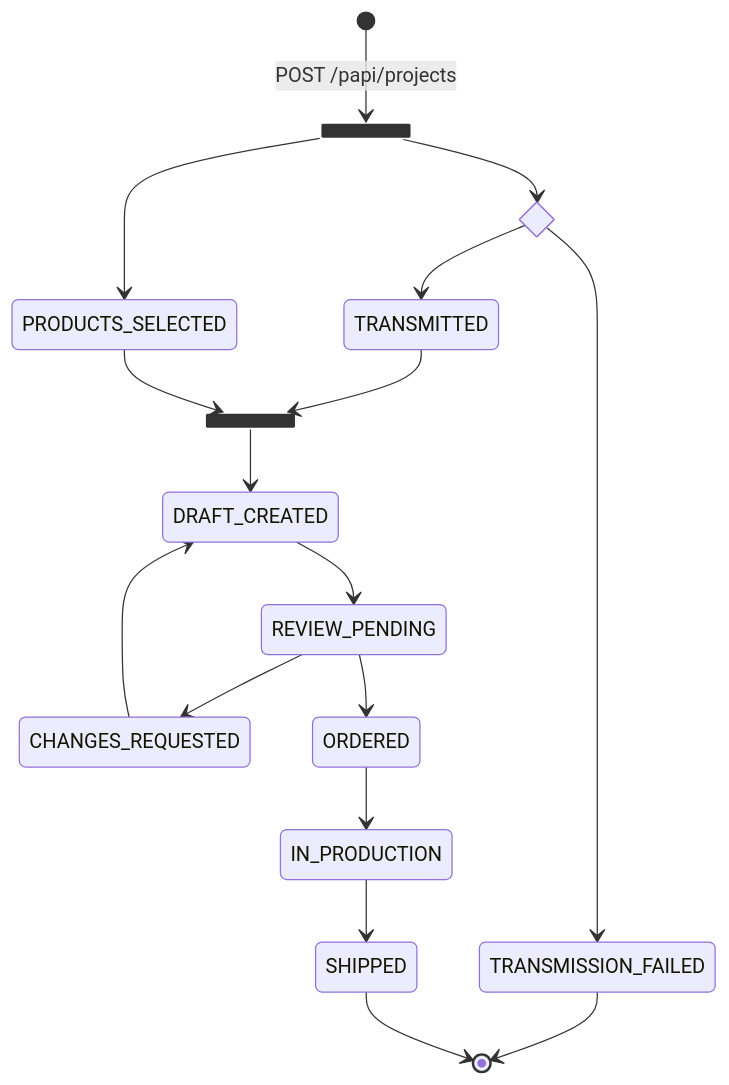
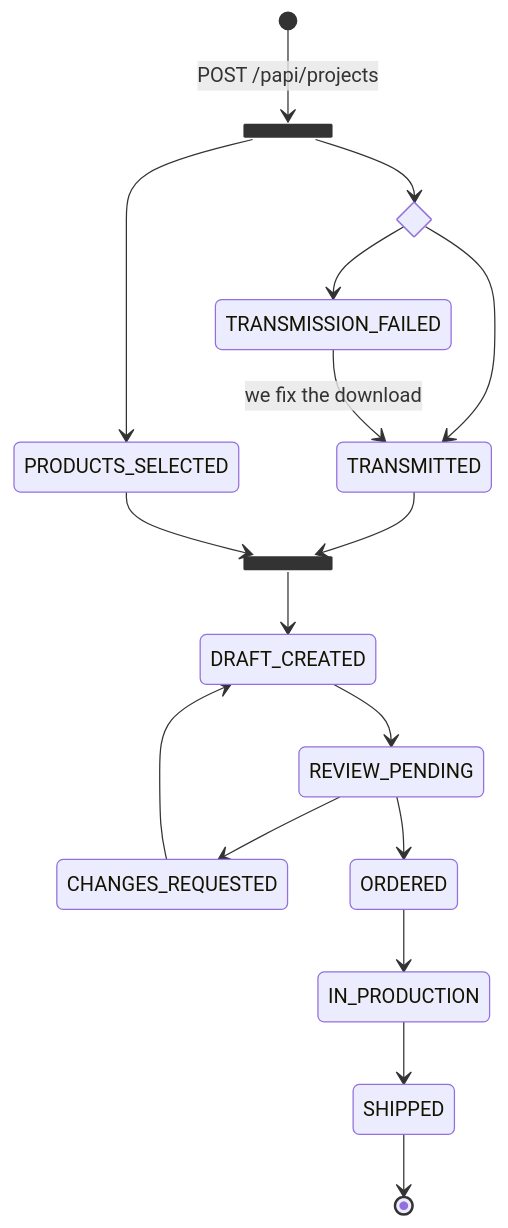
The diagram in docs/getting-started.md (yay-photobooks/partner-sdk), drawn with Mermaid before and after one commit. The commit also changed other lines of this file and 1 other file, not shown here.

Commit message:
Webhook projectStatusUpdate: document the portal behavior, version 3.0
- webhook-id is a UUID
- TRANSMISSION_FAILED can come more than once, TRANSMITTED can follow it

````diff
--- a/docs/getting-started.md
+++ b/docs/getting-started.md
@@ -24,23 +24,23 @@
 ```mermaid
 stateDiagram-v2
     state fork <<fork>>
     state join <<join>>
     state download <<choice>>
 
     [*] --> fork: POST /papi/projects
     fork --> download
     fork --> PRODUCTS_SELECTED
     download --> TRANSMITTED
     download --> TRANSMISSION_FAILED
-    TRANSMISSION_FAILED --> [*]
+    TRANSMISSION_FAILED --> TRANSMITTED: we fix the download
     TRANSMITTED --> join
     PRODUCTS_SELECTED --> join
     join --> DRAFT_CREATED
     DRAFT_CREATED --> REVIEW_PENDING
     REVIEW_PENDING --> CHANGES_REQUESTED
     CHANGES_REQUESTED --> DRAFT_CREATED
     REVIEW_PENDING --> ORDERED
     ORDERED --> IN_PRODUCTION
     IN_PRODUCTION --> SHIPPED
     SHIPPED --> [*]
 ```
````
